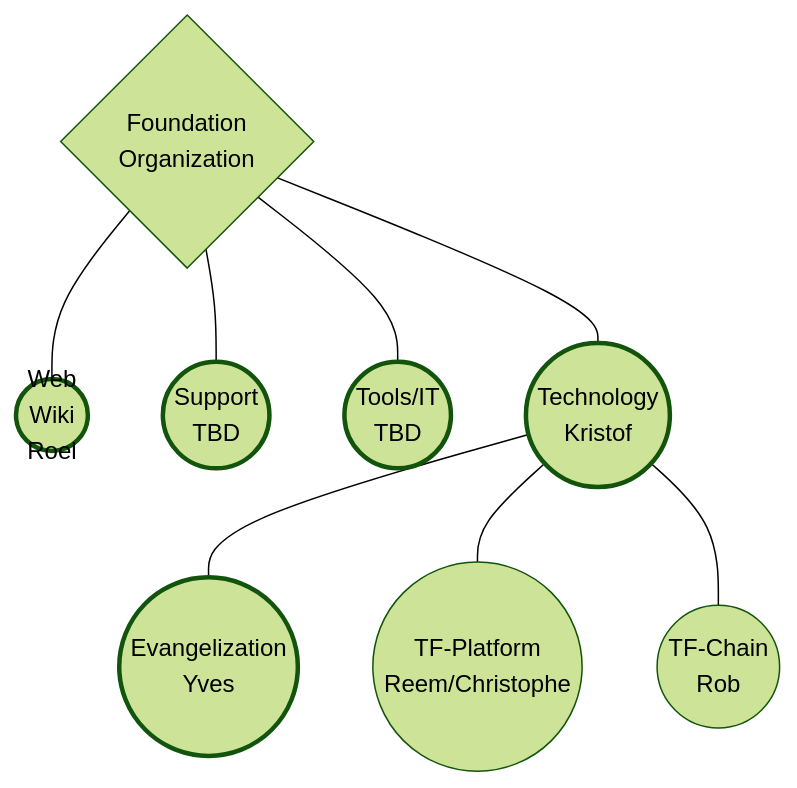
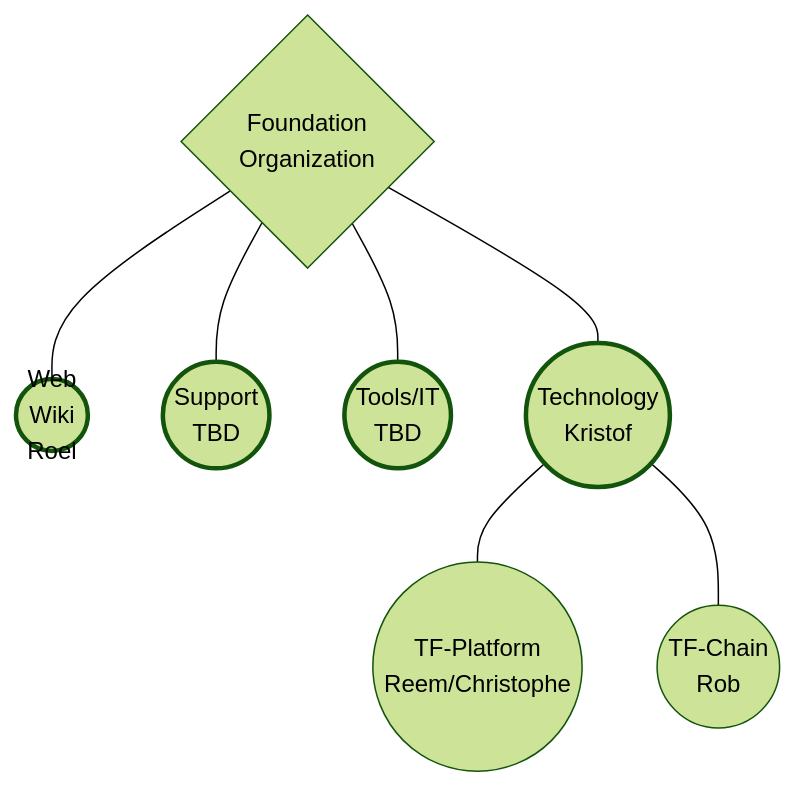
Before and after one commit to xmonader/info_foundation: the second of 2 diagrams in docs/circles/README.md, drawn with Mermaid (forest theme). The commit also changed 4 other files, not shown here.

````diff
--- a/docs/circles/README.md
+++ b/docs/circles/README.md
@@ -41,19 +41,17 @@
 ```mermaid
 
 graph TB; 
     Foundation{Foundation<br>Organization}
     Foundation --- Web((Web<br>Wiki<br>Roel))
     Foundation --- Support((Support<br>TBD))
     Foundation --- IT((Tools/IT<br>TBD))
     Foundation --- Tech((Technology<br>Kristof))
-
-    Tech  --- Evangelization((Evangelization<br>Yves))
     Tech  --- TFPlatform((TF-Platform<br>Reem/Christophe))
     Tech  --- TFCHain((TF-Chain<br>Rob))
 
     classDef circle text-align:center,stroke:#33,stroke-width:3px;  
 
     class Web,Support,IT,Tech,Evangelization circle;
 
 
 ```
````
